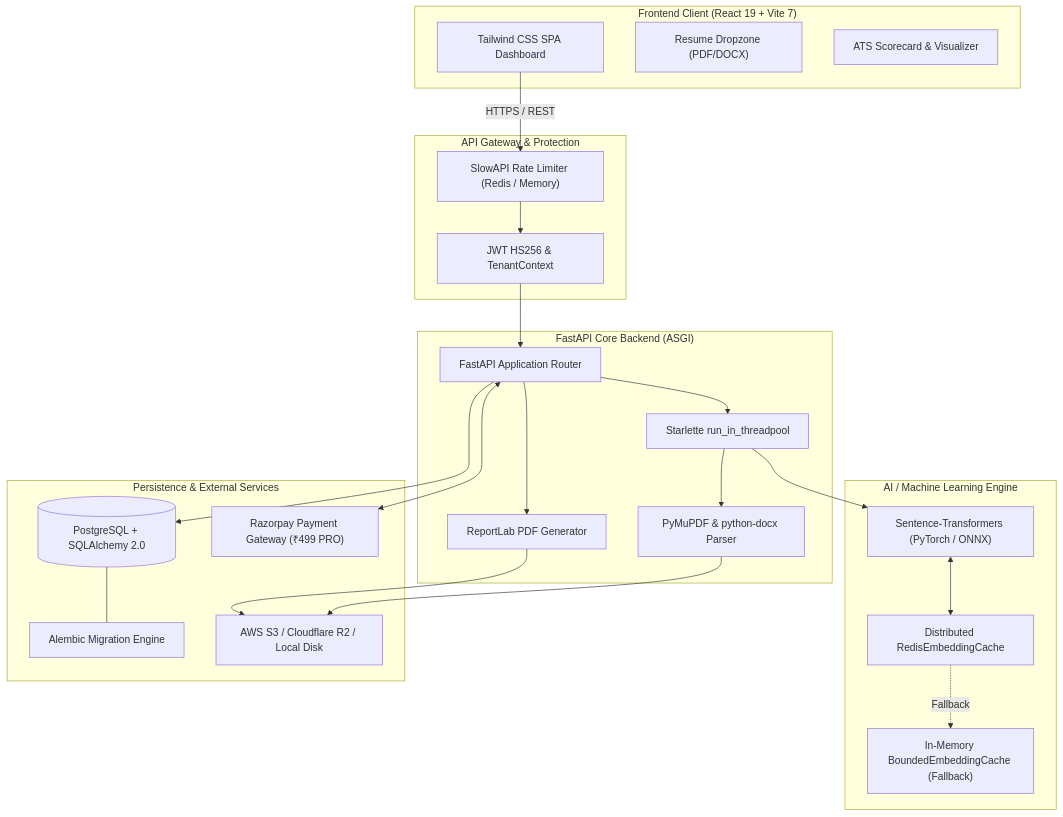
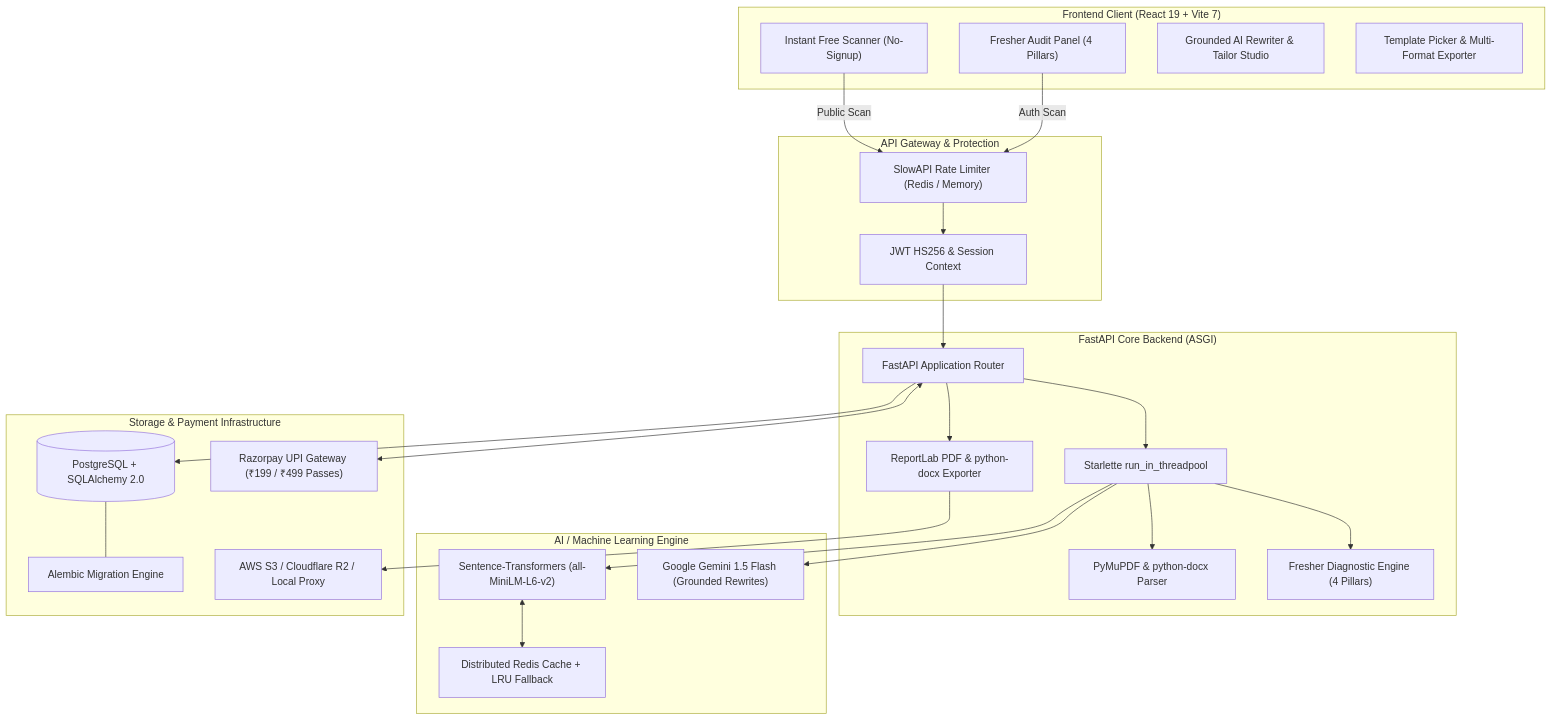
Before and after one commit to sharancreates/resumatch: the diagram in README.md, drawn with Mermaid. The commit also changed other lines of this file, not shown here.

Commit message:
docs: update README.md for Milestone 2 fresher pivot, 4-pillar diagnostics, templates, and student pricing

````diff
--- a/README.md
+++ b/README.md
@@ -87,51 +158,54 @@
 ```mermaid
 flowchart TD
     subgraph Client ["Frontend Client (React 19 + Vite 7)"]
-        UI["Tailwind CSS SPA Dashboard"]
-        Uploader["Resume Dropzone (PDF/DOCX)"]
-        Analytics["ATS Scorecard & Visualizer"]
+        Landing["Instant Free Scanner (No-Signup)"]
+        Dashboard["Fresher Audit Panel (4 Pillars)"]
+        Rewriter["Grounded AI Rewriter & Tailor Studio"]
+        Modal["Template Picker & Multi-Format Exporter"]
     end
 
     subgraph Gateway ["API Gateway & Protection"]
         Limiter["SlowAPI Rate Limiter (Redis / Memory)"]
-        AuthMiddleware["JWT HS256 & TenantContext"]
+        AuthMiddleware["JWT HS256 & Session Context"]
     end
 
     subgraph Backend ["FastAPI Core Backend (ASGI)"]
         Router["FastAPI Application Router"]
         WorkerPool["Starlette run_in_threadpool"]
         Parser["PyMuPDF & python-docx Parser"]
-        ReportGen["ReportLab PDF Generator"]
+        AuditEngine["Fresher Diagnostic Engine (4 Pillars)"]
+        ReportLabEngine["ReportLab PDF & python-docx Exporter"]
     end
 
     subgraph AI ["AI / Machine Learning Engine"]
-        Transformers["Sentence-Transformers (PyTorch / ONNX)"]
-        EmbeddingCache["Distributed RedisEmbeddingCache"]
-        LocalLRU["In-Memory BoundedEmbeddingCache (Fallback)"]
+        MiniLM["Sentence-Transformers (all-MiniLM-L6-v2)"]
+        Gemini["Google Gemini 1.5 Flash (Grounded Rewrites)"]
+        EmbeddingCache["Distributed Redis Cache + LRU Fallback"]
     end
 
-    subgraph StorageDB ["Persistence & External Services"]
-        PG[(PostgreSQL + SQLAlchemy 2.0)]
+    subgraph Persistence ["Storage & Payment Infrastructure"]
+        DB[(PostgreSQL + SQLAlchemy 2.0)]
         Alembic["Alembic Migration Engine"]
-        CloudStorage["AWS S3 / Cloudflare R2 / Local Disk"]
-        Razorpay["Razorpay Payment Gateway (₹499 PRO)"]
+        CloudStorage["AWS S3 / Cloudflare R2 / Local Proxy"]
+        Razorpay["Razorpay UPI Gateway (₹199 / ₹499 Passes)"]
     end
 
-    UI -->|HTTPS / REST| Limiter
+    Landing -->|Public Scan| Limiter
+    Dashboard -->|Auth Scan| Limiter
     Limiter --> AuthMiddleware
     AuthMiddleware --> Router
 
     Router --> WorkerPool
     WorkerPool --> Parser
-    WorkerPool --> Transformers
-    Transformers <--> EmbeddingCache
-    EmbeddingCache -.->|Fallback| LocalLRU
+    WorkerPool --> AuditEngine
+    WorkerPool --> MiniLM
+    WorkerPool --> Gemini
+    MiniLM <--> EmbeddingCache
 
-    Router --> ReportGen
-    ReportGen --> CloudStorage
-    Parser --> CloudStorage
+    Router --> ReportLabEngine
+    ReportLabEngine --> CloudStorage
 
-    Router --> PG
-    PG --- Alembic
+    Router --> DB
+    DB --- Alembic
     Router <--> Razorpay
 ```
````
